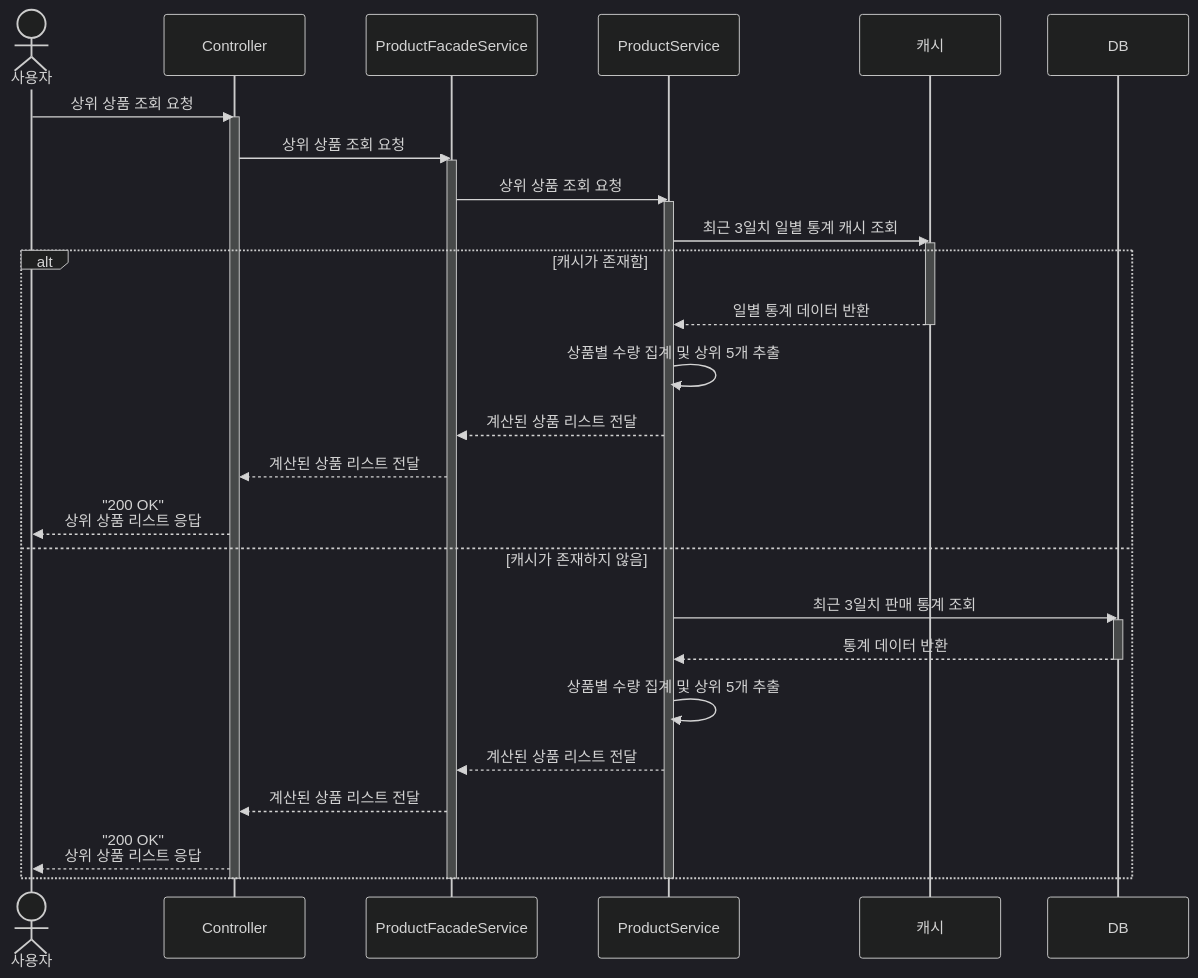
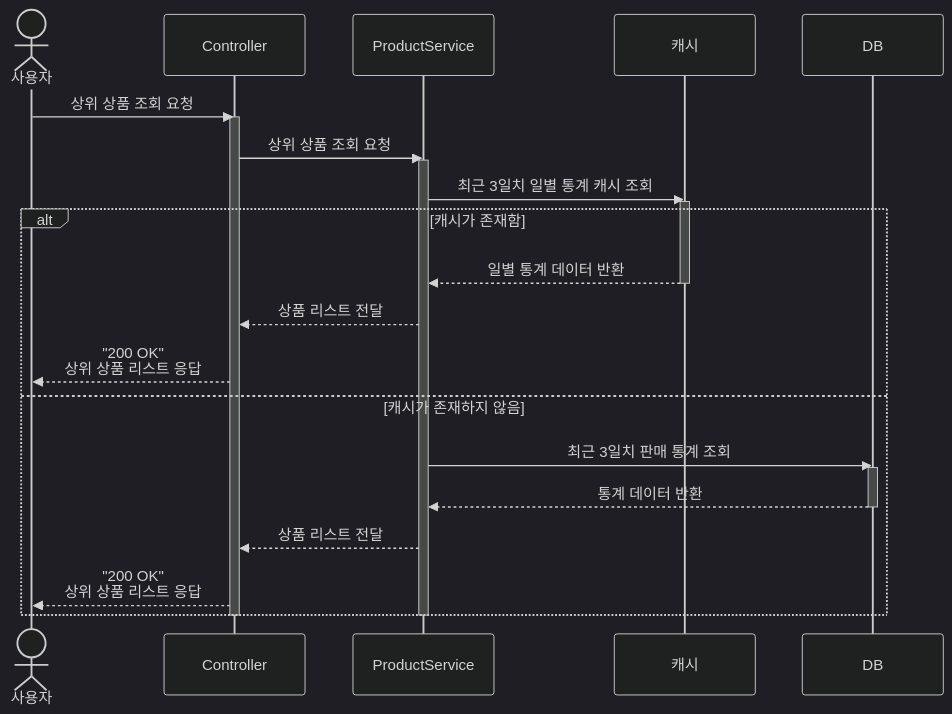
One commit to maengjjin/hhplus-service changed the seventh of 8 diagrams in docs/SequenceDiagram.md. Above: the diagram before and after it, drawn with Mermaid (dark theme). The commit also changed other lines of this file and 1 other file, not shown here.

Commit message:
- 다이어그램 수정

````diff
--- a/docs/SequenceDiagram.md
+++ b/docs/SequenceDiagram.md
@@ -349,44 +336,36 @@
 ```mermaid
 sequenceDiagram
     actor User as 사용자
     participant Controller
-    participant ProductFacadeService
     participant ProductService
     participant Redis as 캐시
     participant DB
 
     User ->> Controller: 상위 상품 조회 요청
     activate Controller
 
-    Controller ->> ProductFacadeService: 상위 상품 조회 요청
-    activate ProductFacadeService
 
-    ProductFacadeService ->> ProductService: 상위 상품 조회 요청
+    Controller ->> ProductService: 상위 상품 조회 요청
     activate ProductService
 
     ProductService ->> Redis: 최근 3일치 일별 통계 캐시 조회
     activate Redis
 
     alt 캐시가 존재함
         Redis -->> ProductService: 일별 통계 데이터 반환
         deactivate Redis
-        ProductService ->> ProductService: 상품별 수량 집계 및 상위 5개 추출
-        ProductService -->> ProductFacadeService: 계산된 상품 리스트 전달
-        ProductFacadeService -->> Controller: 계산된 상품 리스트 전달
+        ProductService -->> Controller: 상품 리스트 전달
         Controller -->> User: "200 OK"<br>상위 상품 리스트 응답
     else 캐시가 존재하지 않음
         ProductService ->> DB: 최근 3일치 판매 통계 조회
         activate DB
         DB -->> ProductService: 통계 데이터 반환
         deactivate DB
 
-        ProductService ->> ProductService: 상품별 수량 집계 및 상위 5개 추출
-        ProductService -->> ProductFacadeService: 계산된 상품 리스트 전달
-        ProductFacadeService -->> Controller: 계산된 상품 리스트 전달
+        ProductService -->> Controller: 상품 리스트 전달
         Controller -->> User: "200 OK"<br>상위 상품 리스트 응답
     end
 
     deactivate ProductService
-    deactivate ProductFacadeService
     deactivate Controller
 ```
````
